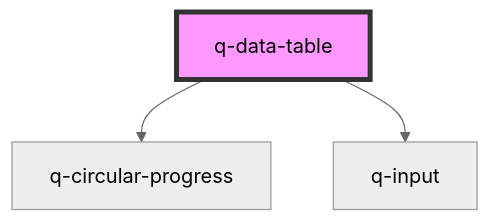
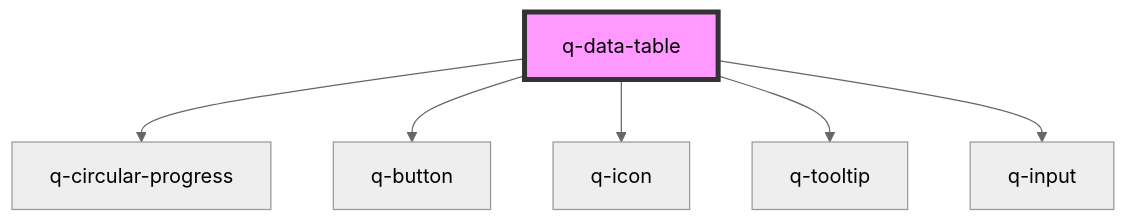
The diagram in src/components/data-display/data-table/readme.md (XsAndre-L/WebQuark), drawn with Mermaid (neutral theme) before and after one commit. The commit also changed other lines of this file and 18 other files, not shown here.

Commit message:
Add data table row actions and sorting

````diff
--- a/src/components/data-display/data-table/readme.md
+++ b/src/components/data-display/data-table/readme.md
@@ -69,6 +79,9 @@
 ```mermaid
 graph TD;
   q-data-table --> q-circular-progress
+  q-data-table --> q-button
+  q-data-table --> q-icon
+  q-data-table --> q-tooltip
   q-data-table --> q-input
   style q-data-table fill:#f9f,stroke:#333,stroke-width:4px
 ```
````
